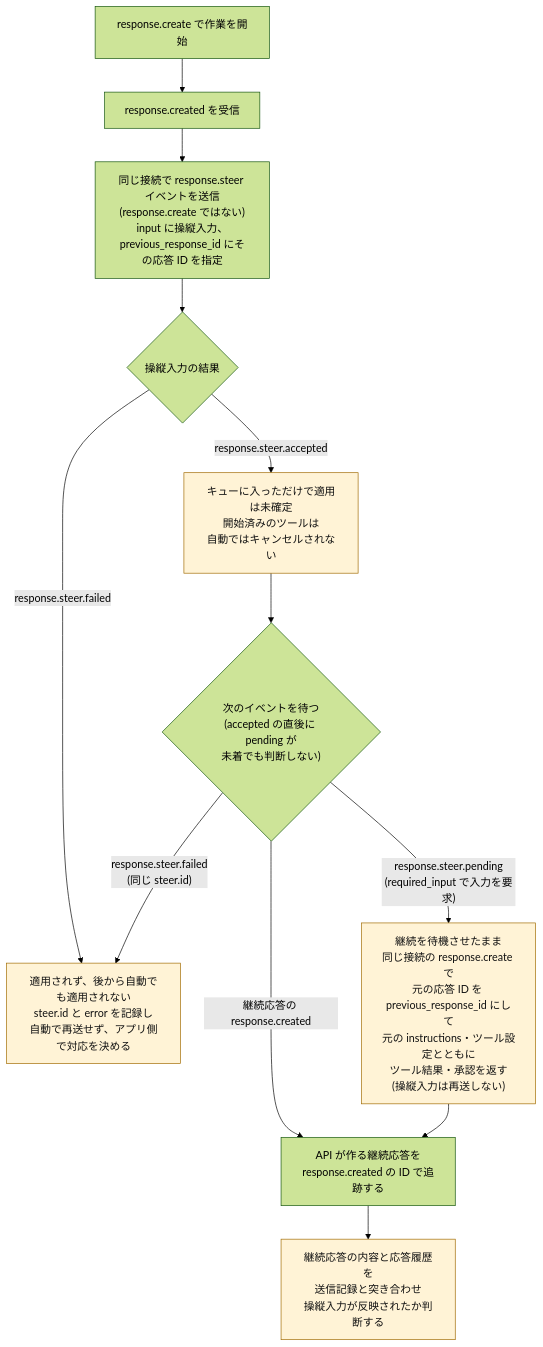
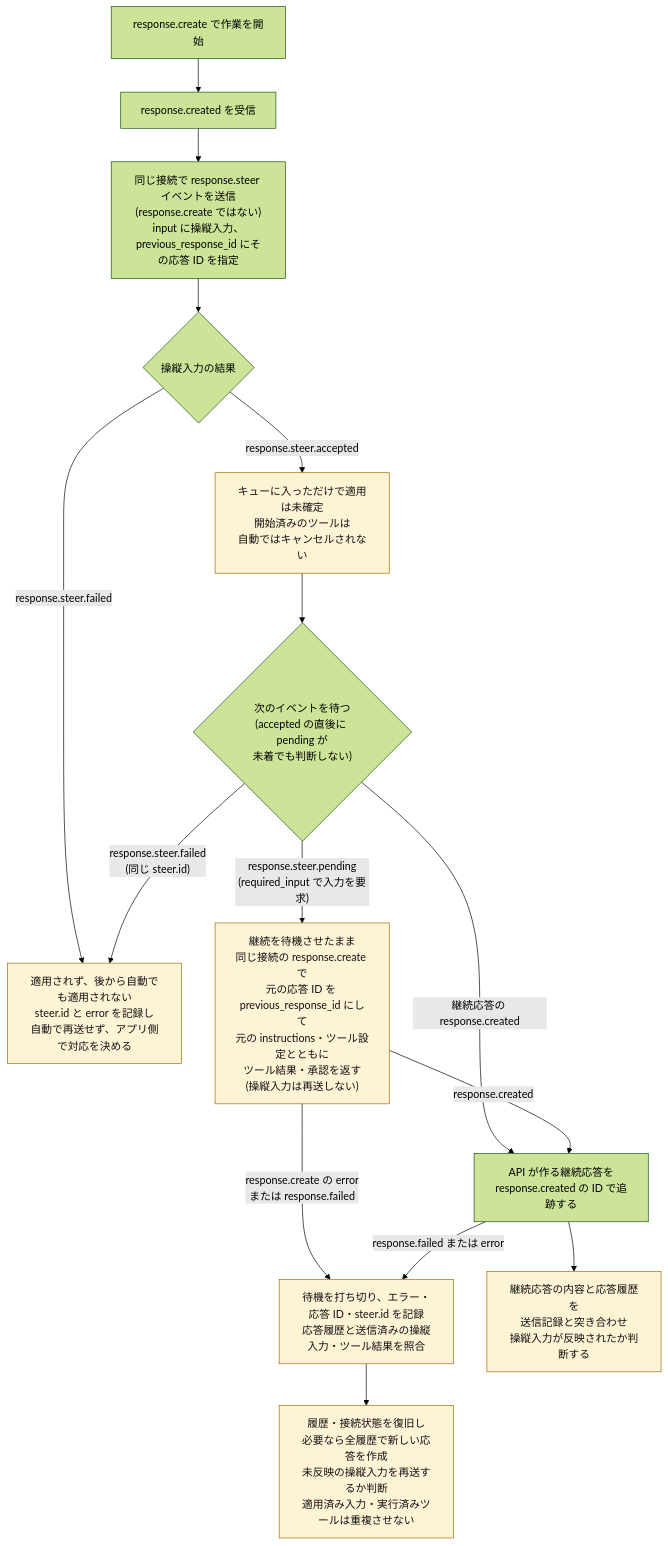
Before and after one commit to myoshi2891/Comparison-of-LLMs: the eighth of 12 diagrams in Openai-gpt-6-astra-best-practices-guide.md, drawn with Mermaid (forest theme). The commit also changed other lines of this file and 1 other file, not shown here.

Commit message:
docs(openai): document project trust, doc size limits, and network proxy in Codex guide, and detail WebSocket steering error recovery in Astra guide

````diff
--- a/Openai-gpt-6-astra-best-practices-guide.md
+++ b/Openai-gpt-6-astra-best-practices-guide.md
@@ -568,16 +568,19 @@
 ```mermaid
 flowchart TB
   A["response.create で作業を開始"] --> B["response.created を受信"]
   B --> C["同じ接続で response.steer イベントを送信<br/>(response.create ではない)<br/>input に操縦入力、<br/>previous_response_id にその応答 ID を指定"]
   C --> S{"操縦入力の結果"}
   S -- "response.steer.accepted" --> T["キューに入っただけで適用は未確定<br/>開始済みのツールは<br/>自動ではキャンセルされない"]
   S -- "response.steer.failed" --> F["適用されず、後から自動でも適用されない<br/>steer.id と error を記録し<br/>自動で再送せず、アプリ側で対応を決める"]
   T --> P{"次のイベントを待つ<br/>(accepted の直後に pending が<br/>未着でも判断しない)"}
   P -- "継続応答の response.created" --> D["API が作る継続応答を<br/>response.created の ID で追跡する"]
   P -- "response.steer.failed<br/>(同じ steer.id)" --> F
   P -- "response.steer.pending<br/>(required_input で入力を要求)" --> W["継続を待機させたまま<br/>同じ接続の response.create で<br/>元の応答 ID を previous_response_id にして<br/>元の instructions・ツール設定とともに<br/>ツール結果・承認を返す<br/>(操縦入力は再送しない)"]
-  W --> D
+  W -- "response.created" --> D
+  W -- "response.create の error<br/>または response.failed" --> R["待機を打ち切り、エラー・応答 ID・steer.id を記録<br/>応答履歴と送信済みの操縦入力・ツール結果を照合"]
+  D -- "response.failed または error" --> R
+  R --> H["履歴・接続状態を復旧し<br/>必要なら全履歴で新しい応答を作成<br/>未反映の操縦入力を再送するか判断<br/>適用済み入力・実行済みツールは重複させない"]
   D --> E["継続応答の内容と応答履歴を<br/>送信記録と突き合わせ<br/>操縦入力が反映されたか判断する"]
   classDef warn fill:#fff3d6,stroke:#a06a00,color:#111
-  class T,F,W,E warn
+  class T,F,W,E,R,H warn
 ```
````
